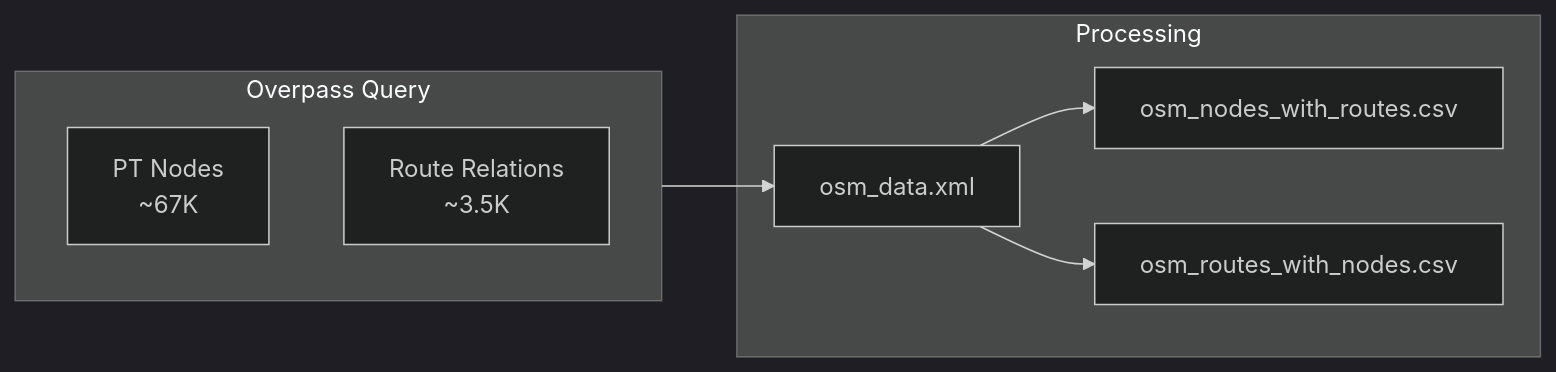
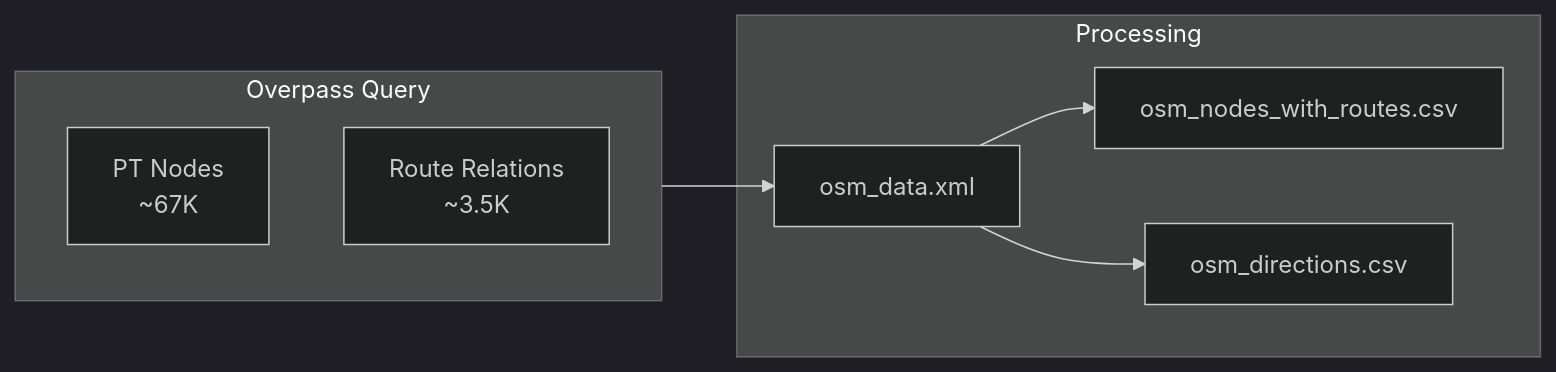
Before and after one commit to openTdataCH/stop_sync_osm_atlas: the diagram in documentation/1.3 OSM data.md, drawn with Mermaid (dark theme). The commit also changed other lines of this file and 39 other files, not shown here.

````diff
--- a/documentation/1.3 OSM data.md
+++ b/documentation/1.3 OSM data.md
@@ -5,14 +5,14 @@
 ```mermaid
 flowchart LR
     subgraph Query["Overpass Query"]
         N["PT Nodes<br/>~67K"]
         R["Route Relations<br/>~3.5K"]
     end
     
     subgraph Process["Processing"]
         X[osm_data.xml] --> P1[osm_nodes_with_routes.csv]
-        X --> P2[osm_routes_with_nodes.csv]
+        X --> P2[osm_directions.csv]
     end
     
     Query --> X
 ```
````
